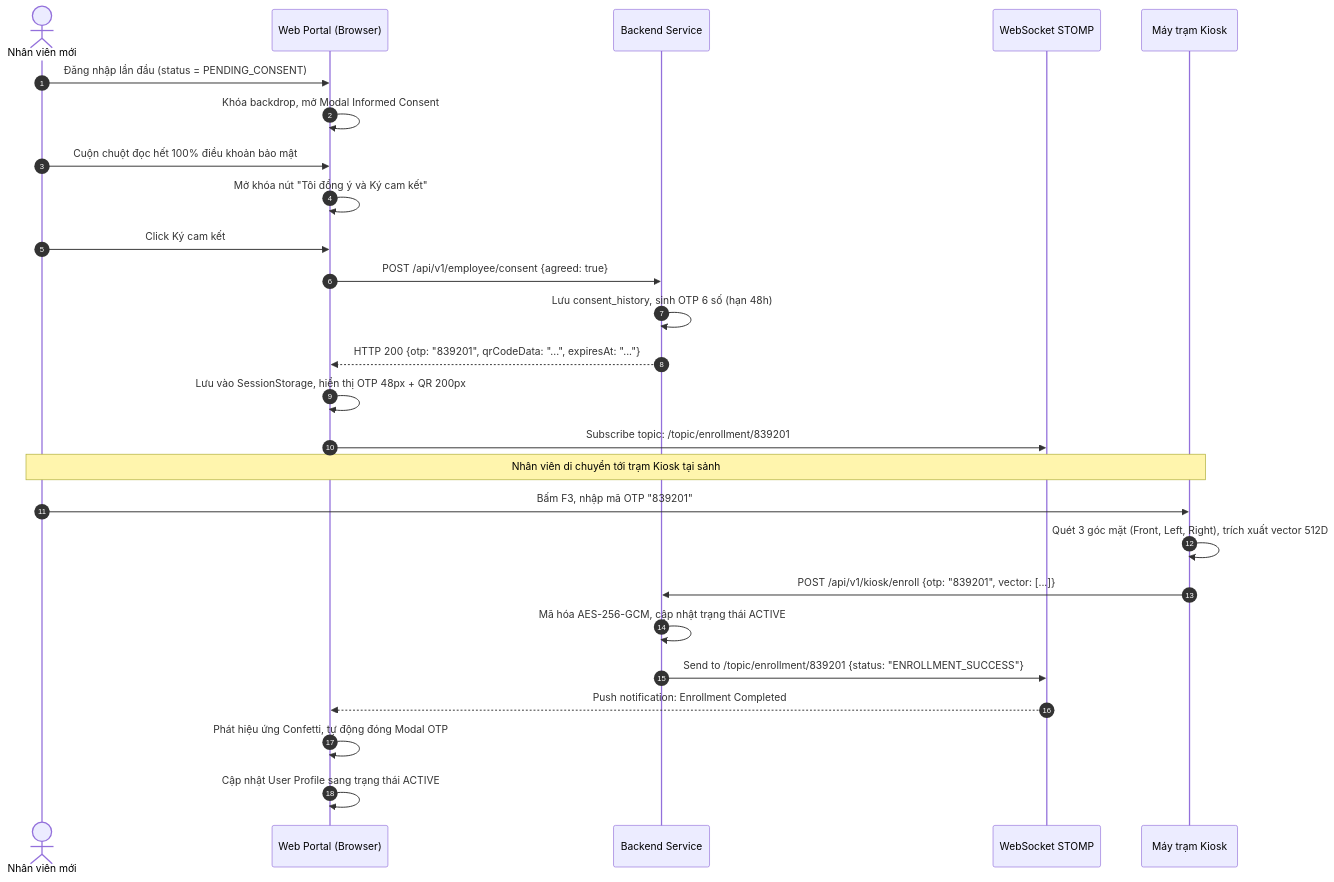
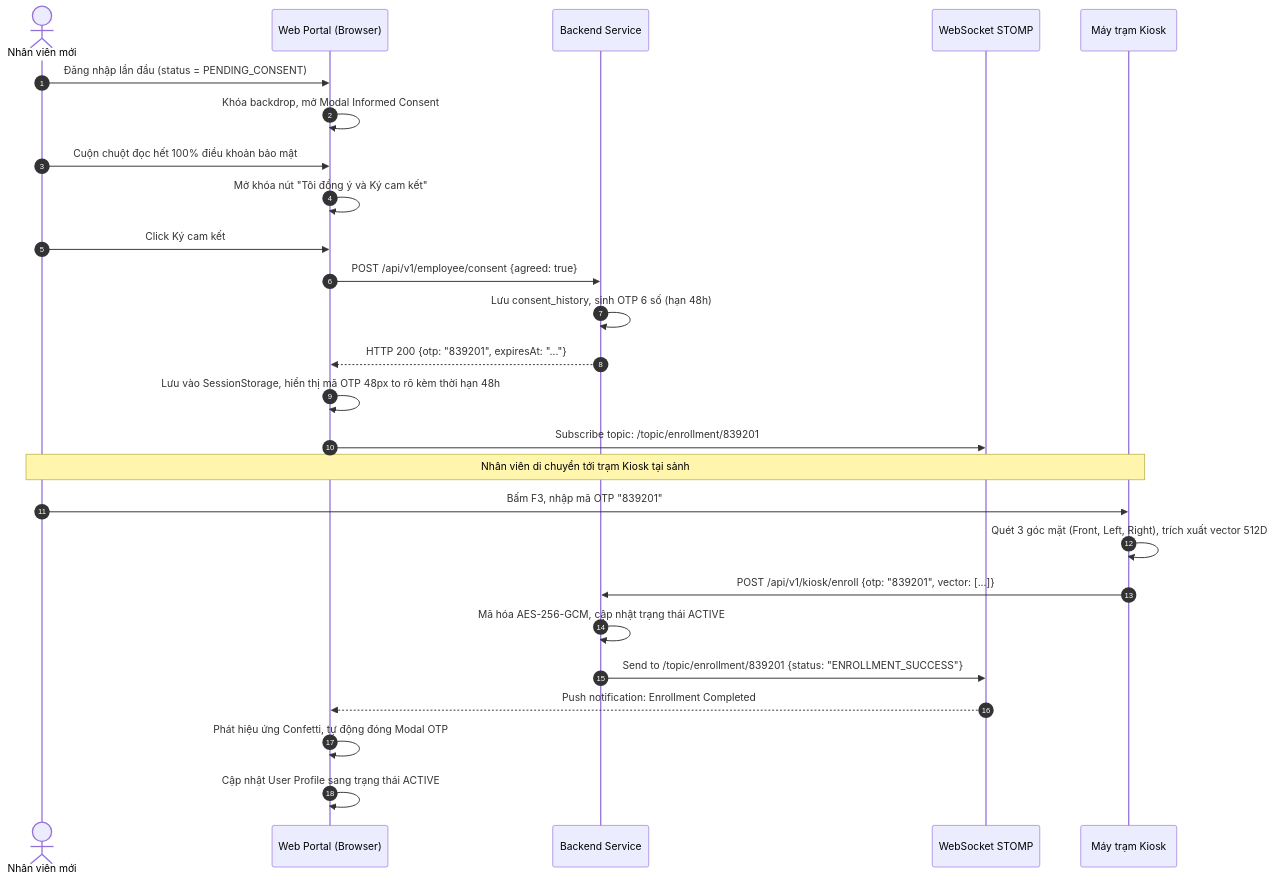
One commit to nvdung250405/face-attendance-system changed the third of 4 diagrams in docs/subsystem-docs/web-portal/specs/spec.md. Above: the diagram before and after it, drawn with Mermaid. The commit also changed other lines of this file and 13 other files, not shown here.

````diff
--- a/docs/subsystem-docs/web-portal/specs/spec.md
+++ b/docs/subsystem-docs/web-portal/specs/spec.md
@@ -199,29 +199,29 @@
 ```mermaid
 sequenceDiagram
     autonumber
     actor Employee as Nhân viên mới
     participant Browser as Web Portal (Browser)
     participant Backend as Backend Service
     participant WS as WebSocket STOMP
     participant Kiosk as Máy trạm Kiosk
 
     Employee->>Browser: Đăng nhập lần đầu (status = PENDING_CONSENT)
     Browser->>Browser: Khóa backdrop, mở Modal Informed Consent
     Employee->>Browser: Cuộn chuột đọc hết 100% điều khoản bảo mật
     Browser->>Browser: Mở khóa nút "Tôi đồng ý và Ký cam kết"
     Employee->>Browser: Click Ký cam kết
     Browser->>Backend: POST /api/v1/employee/consent {agreed: true}
     Backend->>Backend: Lưu consent_history, sinh OTP 6 số (hạn 48h)
-    Backend-->>Browser: HTTP 200 {otp: "839201", qrCodeData: "...", expiresAt: "..."}
-    Browser->>Browser: Lưu vào SessionStorage, hiển thị OTP 48px + QR 200px
+    Backend-->>Browser: HTTP 200 {otp: "839201", expiresAt: "..."}
+    Browser->>Browser: Lưu vào SessionStorage, hiển thị mã OTP 48px to rõ kèm thời hạn 48h
     Browser->>WS: Subscribe topic: /topic/enrollment/839201
     Note over Employee,Kiosk: Nhân viên di chuyển tới trạm Kiosk tại sảnh
     Employee->>Kiosk: Bấm F3, nhập mã OTP "839201"
     Kiosk->>Kiosk: Quét 3 góc mặt (Front, Left, Right), trích xuất vector 512D
     Kiosk->>Backend: POST /api/v1/kiosk/enroll {otp: "839201", vector: [...]}
     Backend->>Backend: Mã hóa AES-256-GCM, cập nhật trạng thái ACTIVE
     Backend->>WS: Send to /topic/enrollment/839201 {status: "ENROLLMENT_SUCCESS"}
     WS-->>Browser: Push notification: Enrollment Completed
     Browser->>Browser: Phát hiệu ứng Confetti, tự động đóng Modal OTP
     Browser->>Browser: Cập nhật User Profile sang trạng thái ACTIVE
 ```
````
